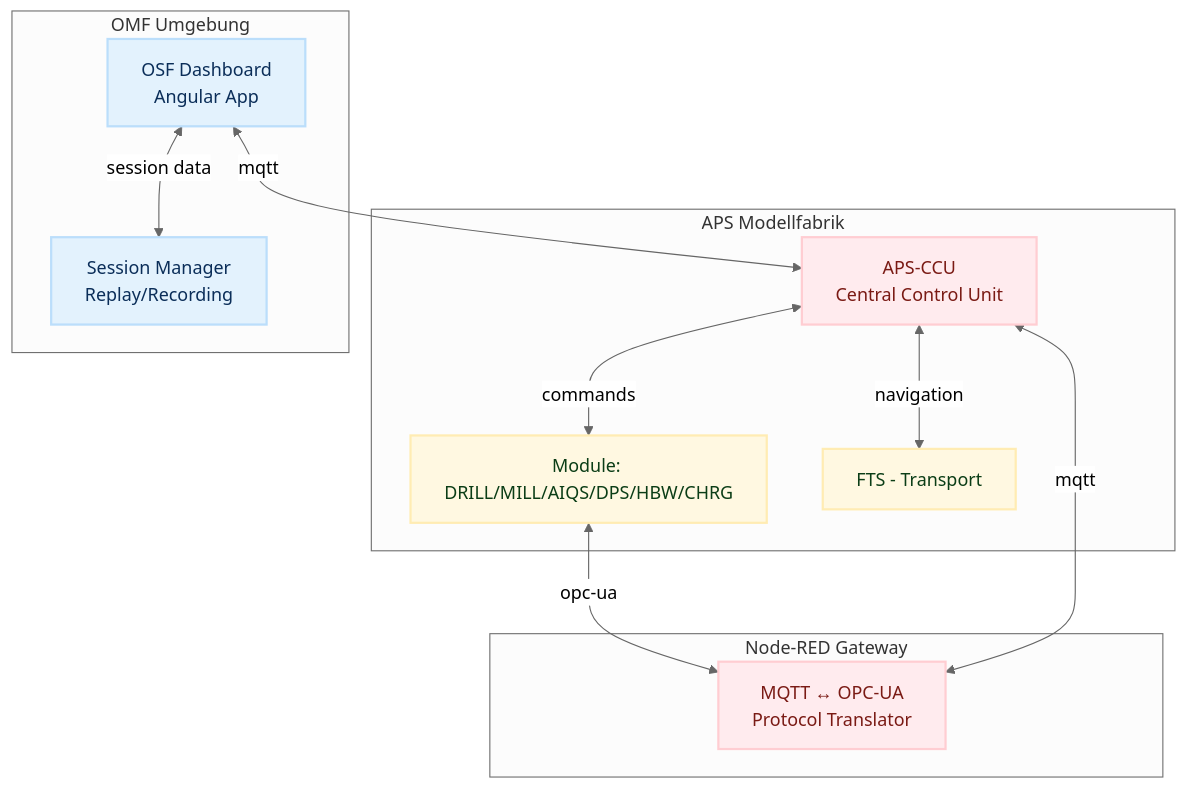
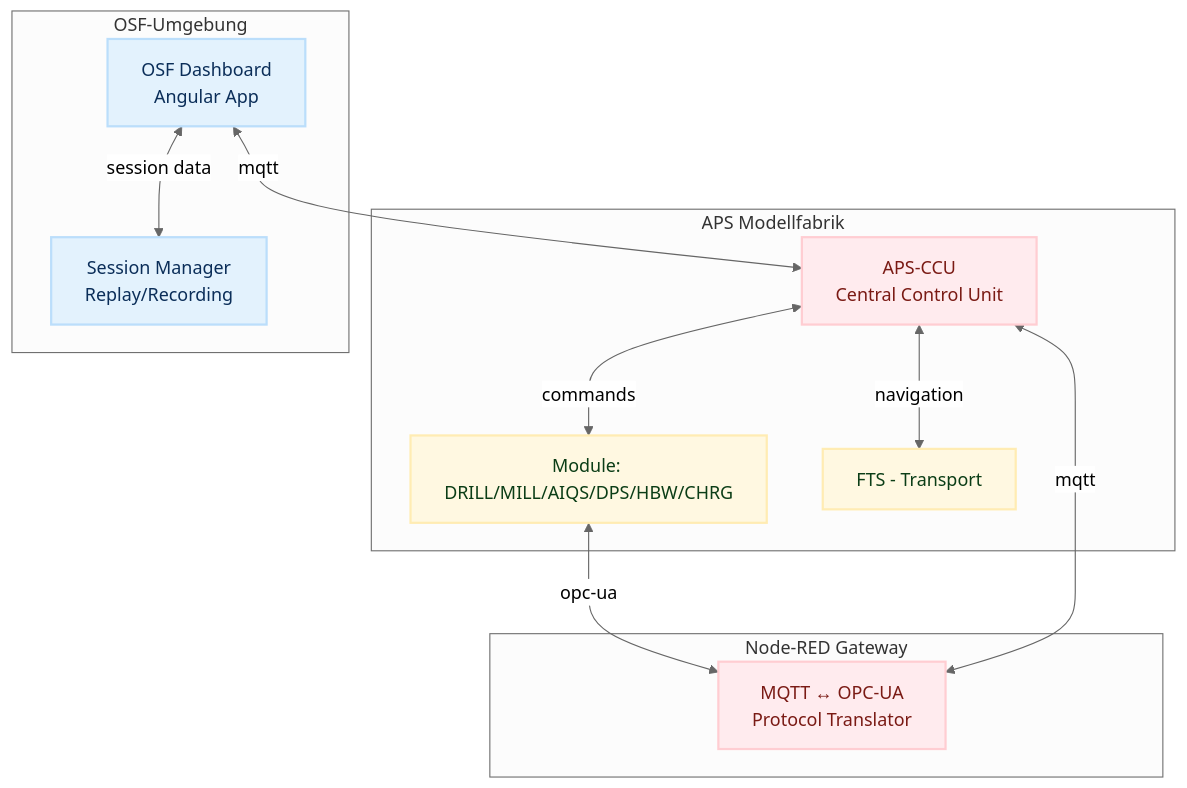
The diagram in docs/02-architecture/README.md (OliverBerger-ORBIS/ORBIS-Modellfabrik), drawn with Mermaid before and after one commit. The commit also changed other lines of this file and 137 other files, not shown here.

````diff
--- a/docs/02-architecture/README.md
+++ b/docs/02-architecture/README.md
@@ -48,30 +42,30 @@
 ```mermaid
 %%{init: {'theme':'neutral'}}%%
 flowchart TD
 classDef orbis fill:#e3f2fd,stroke:#bbdefb,stroke-width:2px,color:#0b2e59;
 classDef fthardware fill:#fff8e1,stroke:#ffecb3,stroke-width:2px,color:#0b3d16;
 classDef ftsoftware fill:#ffebee,stroke:#ffcdd2,stroke-width:2px,color:#7a1a14;
 classDef external fill:#f5f5f5,stroke:#e0e0e0,stroke-width:2px,color:#333;
 
   subgraph APS [APS Modellfabrik]
     CCU[APS-CCU<br/>Central Control Unit]:::ftsoftware
     MOD["Module: DRILL/MILL/AIQS/DPS/HBW/CHRG"]:::fthardware
     FTS["FTS - Transport"]:::fthardware
   end
 
   subgraph NodeRED [Node-RED Gateway]
     NR["MQTT ↔ OPC-UA<br/>Protocol Translator"]:::ftsoftware
   end
 
-  subgraph OMF [OMF Umgebung]
+  subgraph OSF [OSF-Umgebung]
     DASH["OSF Dashboard<br/>Angular App"]:::orbis
     SM["Session Manager<br/>Replay/Recording"]:::orbis
   end
 
   CCU <-->|commands| MOD
   CCU <-->|navigation| FTS
   MOD <-->|opc-ua| NR
   CCU <-->|mqtt| NR
   DASH <-->|mqtt| CCU
   DASH <-->|session data| SM
 ```
````
